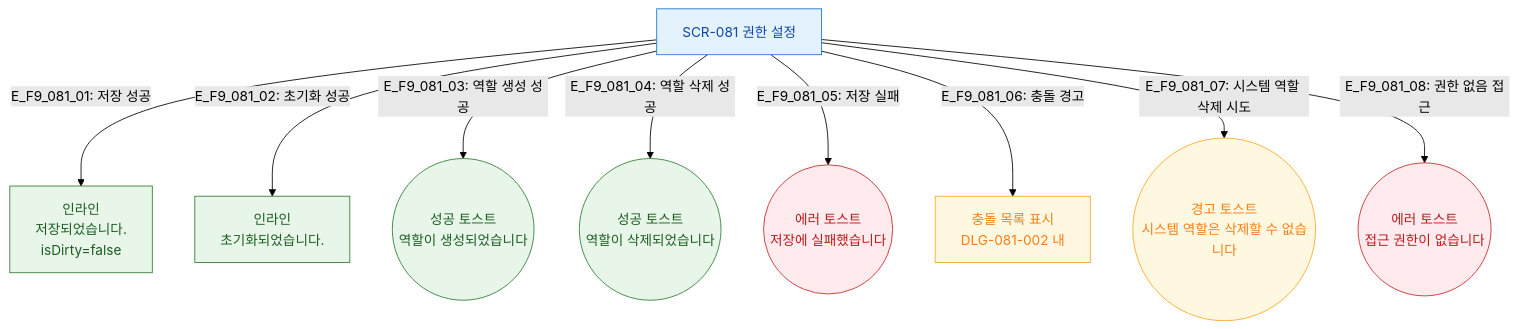
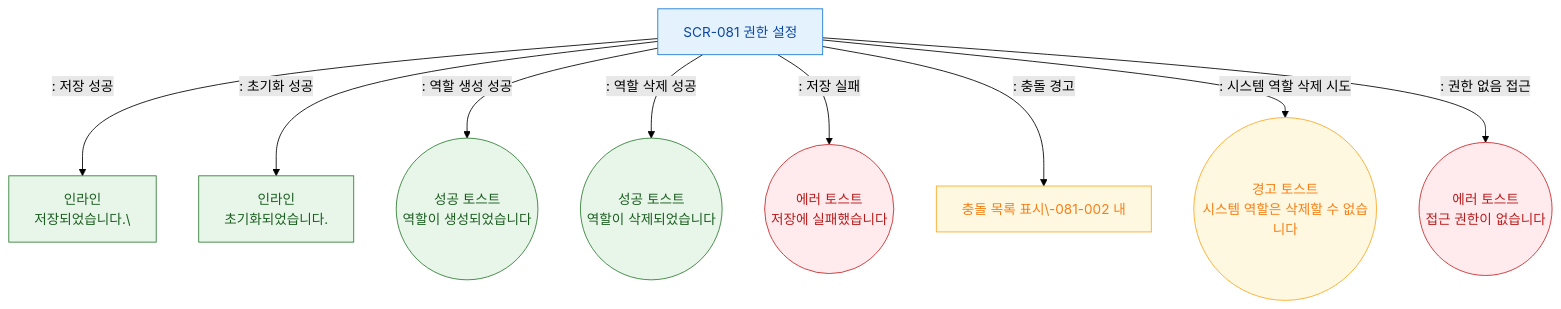
Before and after one commit to dev-spogym/admin-pando: the diagram in docs/다이어그램/D09_설정관리/SCR-081_권한설정/F9_토스트피드백.md, drawn with Mermaid (forest theme). The commit also changed other lines of this file and 1660 other files, not shown here.

First line of the commit message:
다이어그램: 기획자/클라이언트 납품본으로 정리

````diff
--- a/docs/다이어그램/D09_설정관리/SCR-081_권한설정/F9_토스트피드백.md
+++ b/docs/다이어그램/D09_설정관리/SCR-081_권한설정/F9_토스트피드백.md
@@ -17,22 +15,22 @@
 ```mermaid
 flowchart TD
     SCR081[SCR-081 권한 설정]
 
-    SCR081 -->|"E_F9_081_01: 저장 성공"| FB_SaveOK[인라인\n저장되었습니다.\nisDirty=false]
-    SCR081 -->|"E_F9_081_02: 초기화 성공"| FB_Reset[인라인\n초기화되었습니다.]
-    SCR081 -->|"E_F9_081_03: 역할 생성 성공"| FB_Create((성공 토스트\n역할이 생성되었습니다))
-    SCR081 -->|"E_F9_081_04: 역할 삭제 성공"| FB_Delete((성공 토스트\n역할이 삭제되었습니다))
-    SCR081 -->|"E_F9_081_05: 저장 실패"| FB_SaveErr((에러 토스트\n저장에 실패했습니다))
-    SCR081 -->|"E_F9_081_06: 충돌 경고"| FB_Conflict[충돌 목록 표시\nDLG-081-002 내]
-    SCR081 -->|"E_F9_081_07: 시스템 역할 삭제 시도"| FB_SysLock((경고 토스트\n시스템 역할은 삭제할 수 없습니다))
-    SCR081 -->|"E_F9_081_08: 권한 없음 접근"| FB_NoAuth((에러 토스트\n접근 권한이 없습니다))
+    SCR081 -->|": 저장 성공"|FB_SaveOK[인라인\n저장되었습니다.\]
+    SCR081 -->|": 초기화 성공"|FB_Reset[인라인\n초기화되었습니다.]
+    SCR081 -->|": 역할 생성 성공"|FB_Create((성공 토스트\n역할이 생성되었습니다))
+    SCR081 -->|": 역할 삭제 성공"|FB_Delete((성공 토스트\n역할이 삭제되었습니다))
+    SCR081 -->|": 저장 실패"|FB_SaveErr((에러 토스트\n저장에 실패했습니다))
+    SCR081 -->|": 충돌 경고"|FB_Conflict[충돌 목록 표시\-081-002 내]
+    SCR081 -->|": 시스템 역할 삭제 시도"|FB_SysLock((경고 토스트\n시스템 역할은 삭제할 수 없습니다))
+    SCR081 -->|": 권한 없음 접근"|FB_NoAuth((에러 토스트\n접근 권한이 없습니다))
 
     classDef screen fill:#E3F2FD,stroke:#1976D2,color:#0D47A1
     classDef success fill:#E8F5E9,stroke:#2E7D32,color:#1B5E20
     classDef error fill:#FFEBEE,stroke:#C62828,color:#B71C1C
     classDef warning fill:#FFF8E1,stroke:#F9A825,color:#F57F17
     class SCR081 screen
     class FB_SaveOK,FB_Reset,FB_Create,FB_Delete success
     class FB_SaveErr,FB_NoAuth error
     class FB_Conflict,FB_SysLock warning
 ```
````
